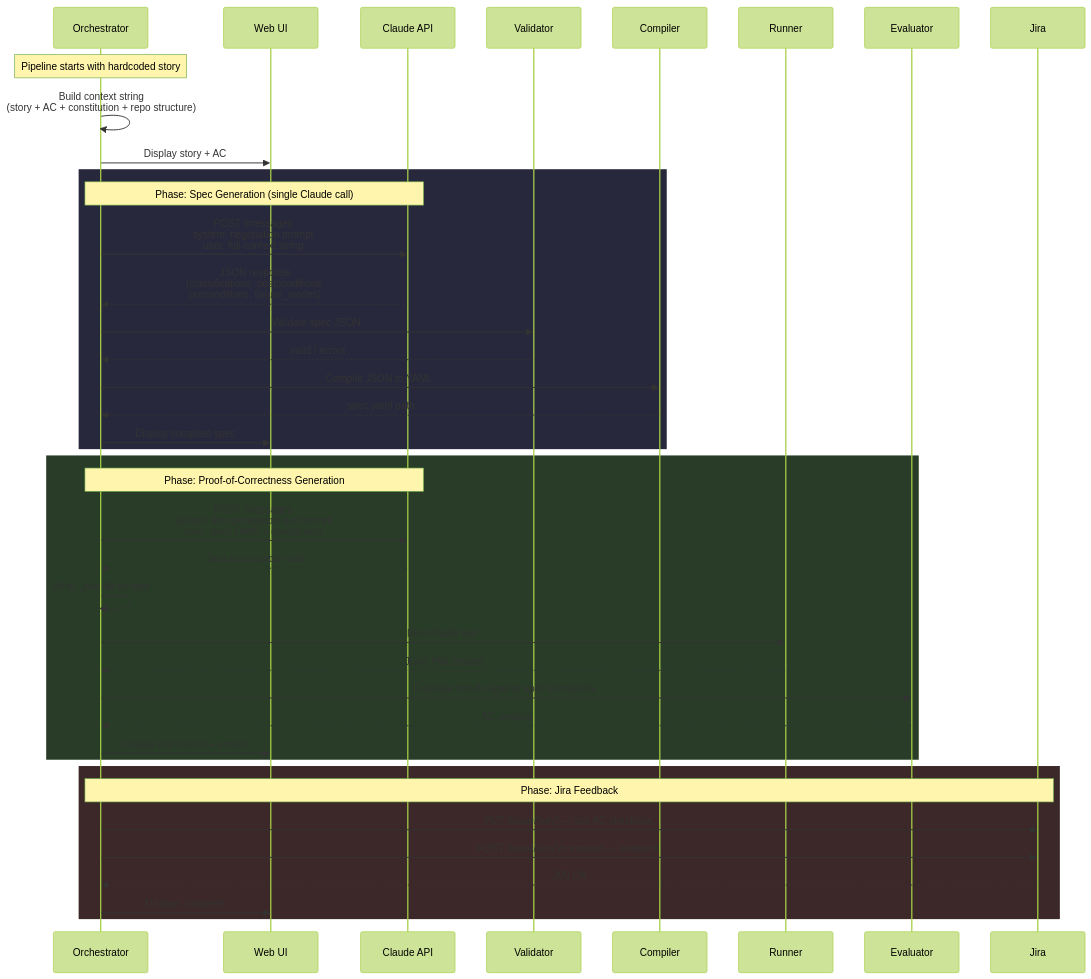
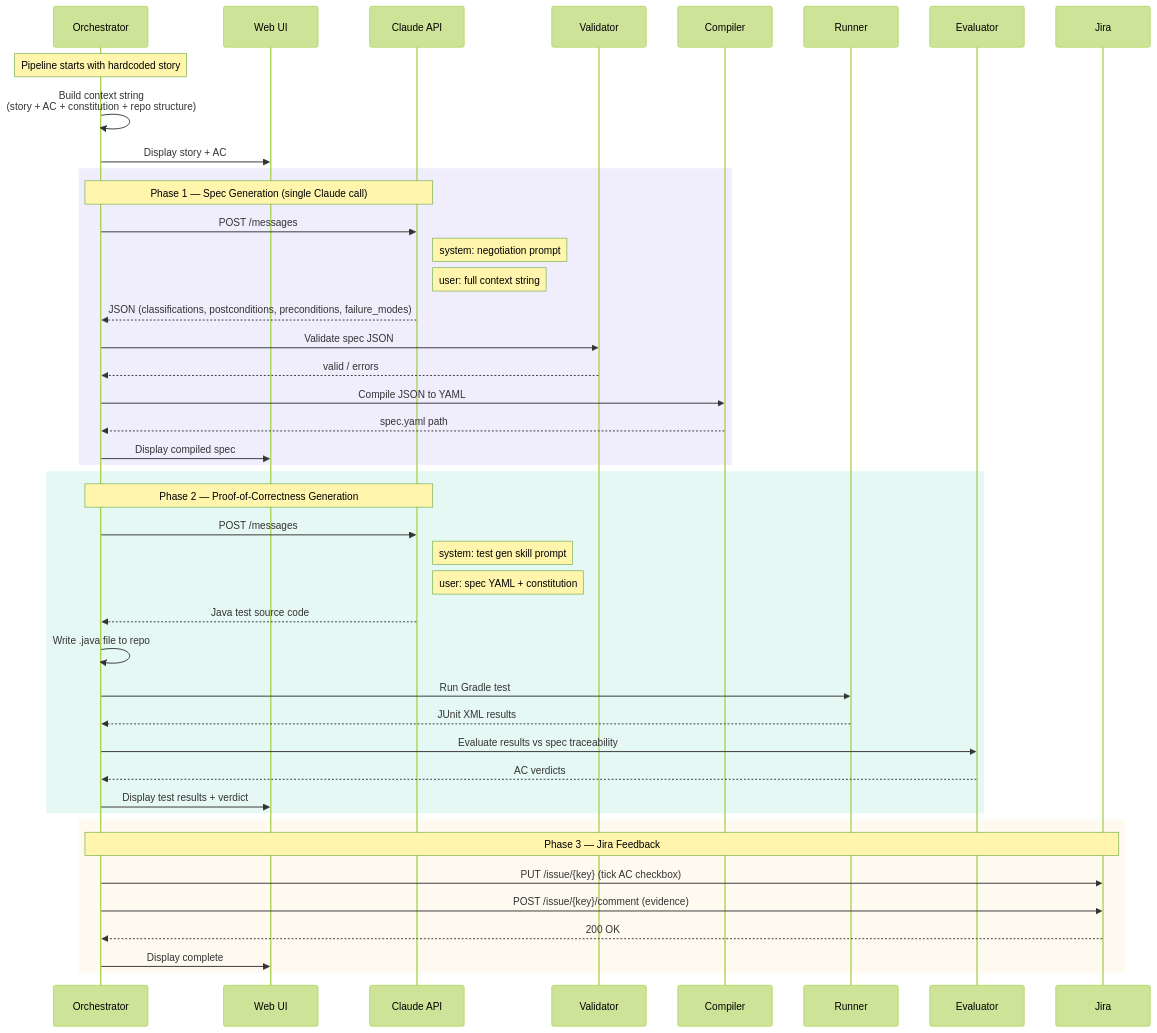
The third of 7 diagrams in bullet-tracer.md (Dannytrev21/magic-agents), drawn with Mermaid (forest theme) before and after one commit. The commit also changed 2 other files, not shown here.

Commit message:
docs: add hackathon roadmap and fix bullet tracer sequence diagram
- Add hackathon-roadmap.md with 26 ranked features across 4 tiers
- Fix sequence diagram rect colors from near-black to readable transparent tints
- Add E2E-FULL spec to tracked files

````diff
--- a/bullet-tracer.md
+++ b/bullet-tracer.md
@@ -111,47 +111,51 @@
 ```mermaid
 sequenceDiagram
     participant O as Orchestrator
     participant UI as Web UI
     participant C as Claude API
     participant V as Validator
     participant Comp as Compiler
     participant R as Runner
     participant E as Evaluator
     participant J as Jira
 
     Note over O: Pipeline starts with hardcoded story
 
     O->>O: Build context string<br/>(story + AC + constitution + repo structure)
     O->>UI: Display story + AC
 
-    rect rgb(40, 40, 60)
-        Note over O,C: Phase: Spec Generation (single Claude call)
-        O->>C: POST /messages<br/>system: negotiation prompt<br/>user: full context string
-        C-->>O: JSON response<br/>(classifications, postconditions,<br/>preconditions, failure_modes)
+    rect rgba(108, 92, 231, 0.1)
+        Note over O,C: Phase 1 — Spec Generation (single Claude call)
+        O->>C: POST /messages
+        Note right of C: system: negotiation prompt
+        Note right of C: user: full context string
+        C-->>O: JSON (classifications, postconditions, preconditions, failure_modes)
         O->>V: Validate spec JSON
         V-->>O: valid / errors
         O->>Comp: Compile JSON to YAML
         Comp-->>O: spec.yaml path
         O->>UI: Display compiled spec
     end
 
-    rect rgb(40, 60, 40)
-        Note over O,C: Phase: Proof-of-Correctness Generation
-        O->>C: POST /messages<br/>system: test generation skill prompt<br/>user: spec YAML + constitution
+    rect rgba(0, 184, 148, 0.1)
+        Note over O,C: Phase 2 — Proof-of-Correctness Generation
+        O->>C: POST /messages
+        Note right of C: system: test gen skill prompt
+        Note right of C: user: spec YAML + constitution
         C-->>O: Java test source code
         O->>O: Write .java file to repo
         O->>R: Run Gradle test
         R-->>O: JUnit XML results
-        O->>E: Evaluate results against spec traceability
+        O->>E: Evaluate results vs spec traceability
         E-->>O: AC verdicts
         O->>UI: Display test results + verdict
     end
 
-    rect rgb(60, 40, 40)
-        Note over O,J: Phase: Jira Feedback
-        O->>J: PUT /issue/{key} — tick AC checkbox
-        O->>J: POST /issue/{key}/comment — evidence
+    rect rgba(253, 203, 110, 0.1)
+        Note over O,J: Phase 3 — Jira Feedback
+        O->>J: PUT /issue/{key} (tick AC checkbox)
+        O->>J: POST /issue/{key}/comment (evidence)
         J-->>O: 200 OK
-        O->>UI: Display: complete
+        O->>UI: Display complete
     end
 ```
````
